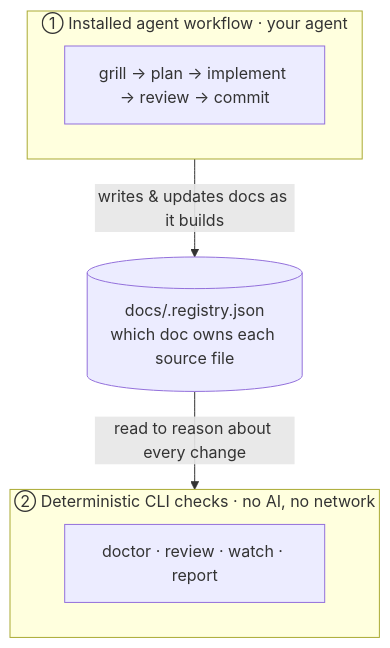
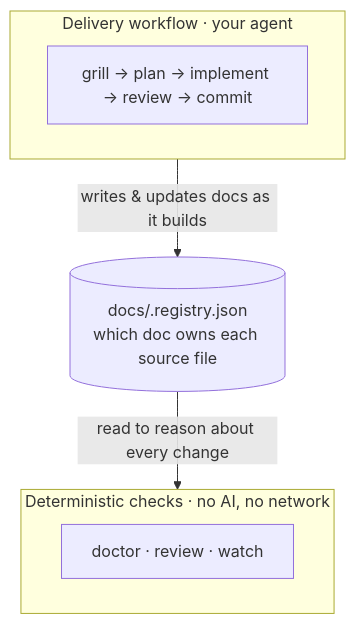
One commit to jakubsuplicki/codument changed the first of 2 diagrams in README.md. Above: the diagram before and after it, drawn with Mermaid. The commit also changed other lines of this file and 3 other files, not shown here.

````diff
--- a/README.md
+++ b/README.md
@@ -19,12 +16,12 @@
 ```mermaid
 flowchart TB
-  subgraph WF["① Installed agent workflow · your agent"]
+  subgraph WF["Delivery workflow · your agent"]
     L["grill → plan → implement → review → commit"]
   end
   REG[("docs/.registry.json<br/>which doc owns each source file")]
-  subgraph CLI["② Deterministic CLI checks · no AI, no network"]
-    C["doctor · review · watch · report"]
+  subgraph CLI["Deterministic checks · no AI, no network"]
+    C["doctor · review · watch"]
   end
   WF -->|writes &amp; updates docs as it builds| REG
   REG -->|read to reason about every change| CLI
 ```
````
